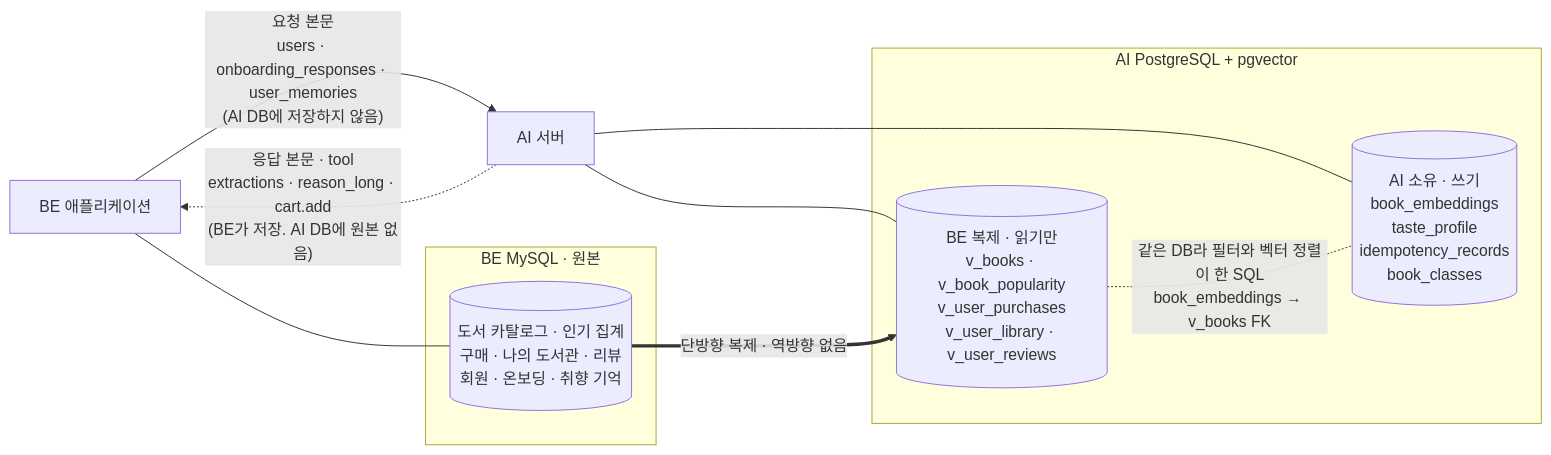
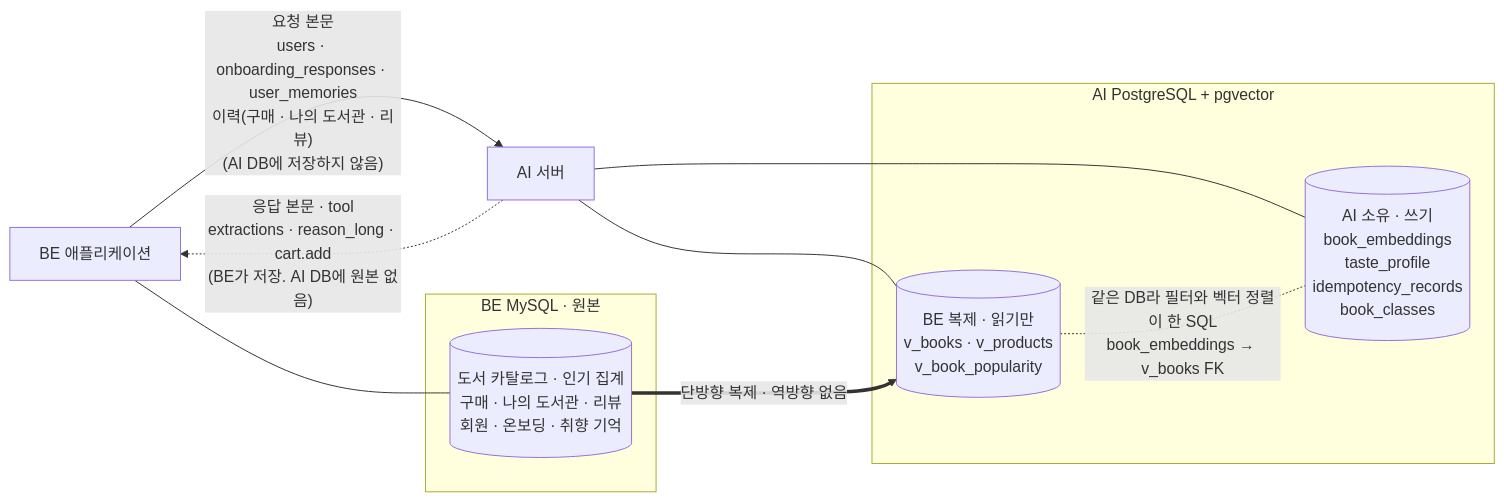
The first of 2 diagrams in docs/ai/9-data-erd/appendix.md (100-hours-a-week/KTB4-13th-wiki), drawn with Mermaid before and after one commit. The commit also changed other lines of this file, not shown here.

Commit message:
docs(ai): ERD 그림에서 사용자 복제 표를 빼고 상품 표와 요청 본문 이력을 그린다 (AI #307)

````diff
--- a/docs/ai/9-data-erd/appendix.md
+++ b/docs/ai/9-data-erd/appendix.md
@@ -15,19 +15,19 @@
 ```mermaid
 flowchart LR
     BE["BE 애플리케이션"]
     AI["AI 서버"]
     subgraph BEDB["BE MySQL · 원본"]
         SRC[("도서 카탈로그 · 인기 집계<br/>구매 · 나의 도서관 · 리뷰<br/>회원 · 온보딩 · 취향 기억")]
     end
     subgraph AIDB["AI PostgreSQL + pgvector"]
-        REP[("BE 복제 · 읽기만<br/>v_books · v_book_popularity<br/>v_user_purchases<br/>v_user_library · v_user_reviews")]
+        REP[("BE 복제 · 읽기만<br/>v_books · v_products<br/>v_book_popularity")]
         OWN[("AI 소유 · 쓰기<br/>book_embeddings<br/>taste_profile<br/>idempotency_records<br/>book_classes")]
     end
     BE --- SRC
     AI --- REP
     AI --- OWN
     SRC ==>|"단방향 복제 · 역방향 없음"| REP
     REP -.-|"같은 DB라 필터와 벡터 정렬이 한 SQL<br/>book_embeddings → v_books FK"| OWN
-    BE -->|"요청 본문<br/>users · onboarding_responses · user_memories<br/>(AI DB에 저장하지 않음)"| AI
+    BE -->|"요청 본문<br/>users · onboarding_responses · user_memories<br/>이력(구매 · 나의 도서관 · 리뷰)<br/>(AI DB에 저장하지 않음)"| AI
     AI -.->|"응답 본문 · tool<br/>extractions · reason_long · cart.add<br/>(BE가 저장. AI DB에 원본 없음)"| BE
 ```
````
